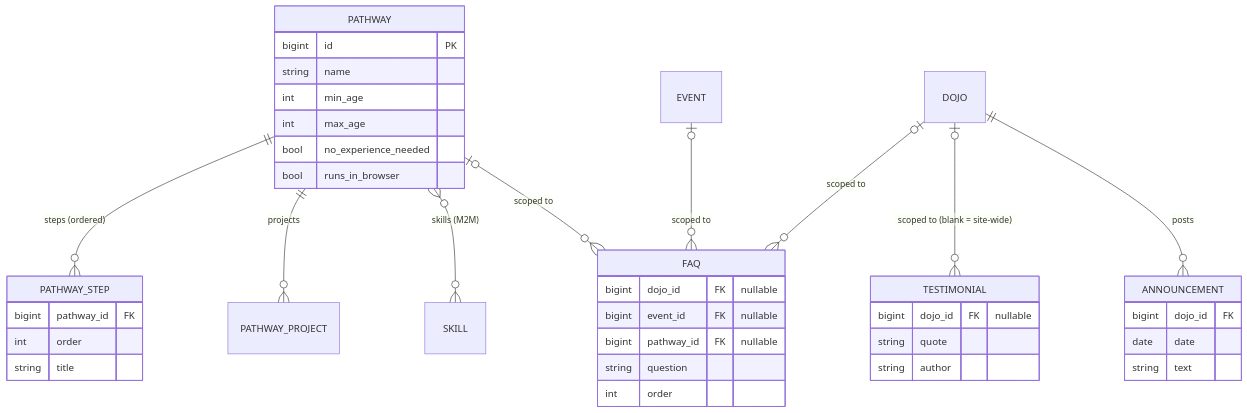
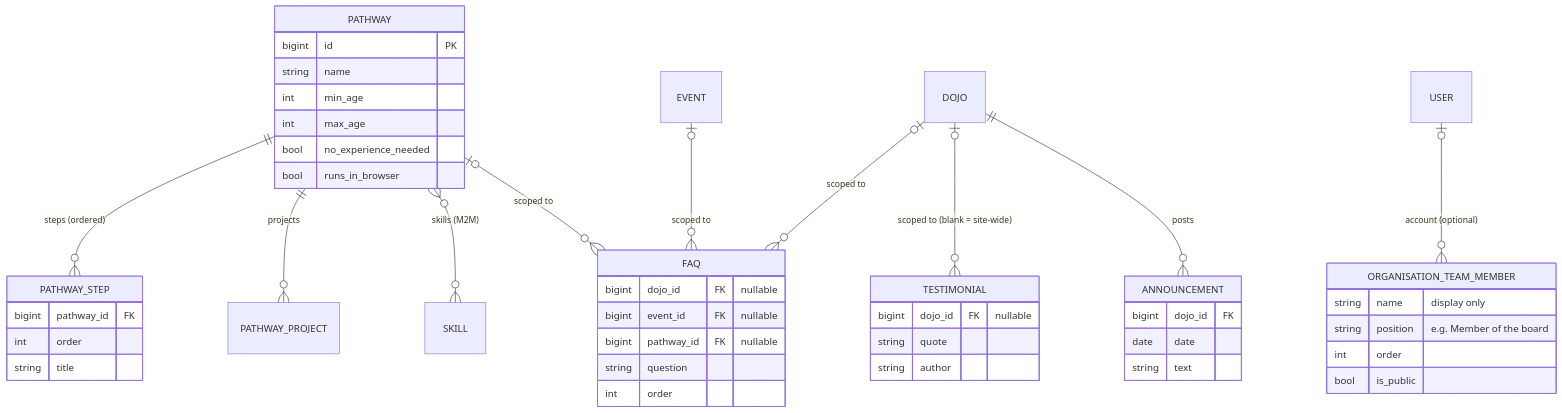
Before and after one commit to DoublG/coderdojo-event-registration: diagram 11 of 20 in DATA_MODEL.md, drawn with Mermaid. The commit also changed other lines of this file and 65 other files, not shown here.

````diff
--- a/DATA_MODEL.md
+++ b/DATA_MODEL.md
@@ -425,42 +440,49 @@
 ```mermaid
 erDiagram
     PATHWAY ||--o{ PATHWAY_STEP : "steps (ordered)"
     PATHWAY ||--o{ PATHWAY_PROJECT : "projects"
     PATHWAY }o--o{ SKILL : "skills (M2M)"
     DOJO |o--o{ FAQ : "scoped to"
     EVENT |o--o{ FAQ : "scoped to"
     PATHWAY |o--o{ FAQ : "scoped to"
     DOJO |o--o{ TESTIMONIAL : "scoped to (blank = site-wide)"
     DOJO ||--o{ ANNOUNCEMENT : "posts"
+    USER |o--o{ ORGANISATION_TEAM_MEMBER : "account (optional)"
 
     PATHWAY {
         bigint id PK
         string name
         int min_age
         int max_age
         bool no_experience_needed
         bool runs_in_browser
     }
     PATHWAY_STEP {
         bigint pathway_id FK
         int order
         string title
     }
     FAQ {
         bigint dojo_id FK "nullable"
         bigint event_id FK "nullable"
         bigint pathway_id FK "nullable"
         string question
         int order
     }
     TESTIMONIAL {
         bigint dojo_id FK "nullable"
         string quote
         string author
     }
+    ORGANISATION_TEAM_MEMBER {
+        string name "display only"
+        string position "e.g. Member of the board"
+        int order
+        bool is_public
+    }
     ANNOUNCEMENT {
         bigint dojo_id FK
         date date
         string text
     }
 ```
````
